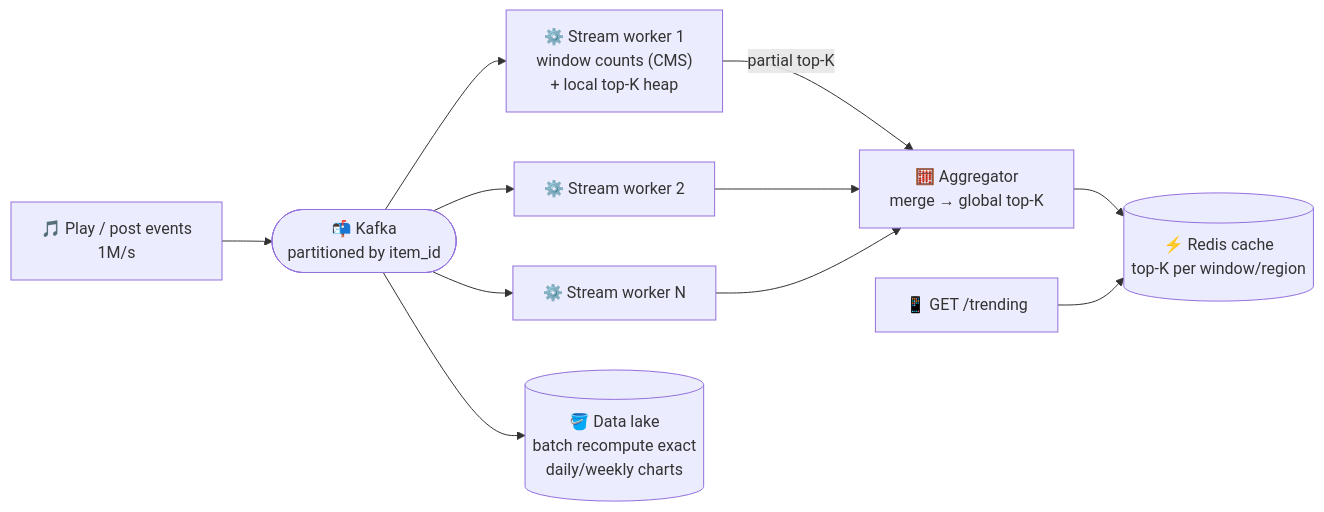
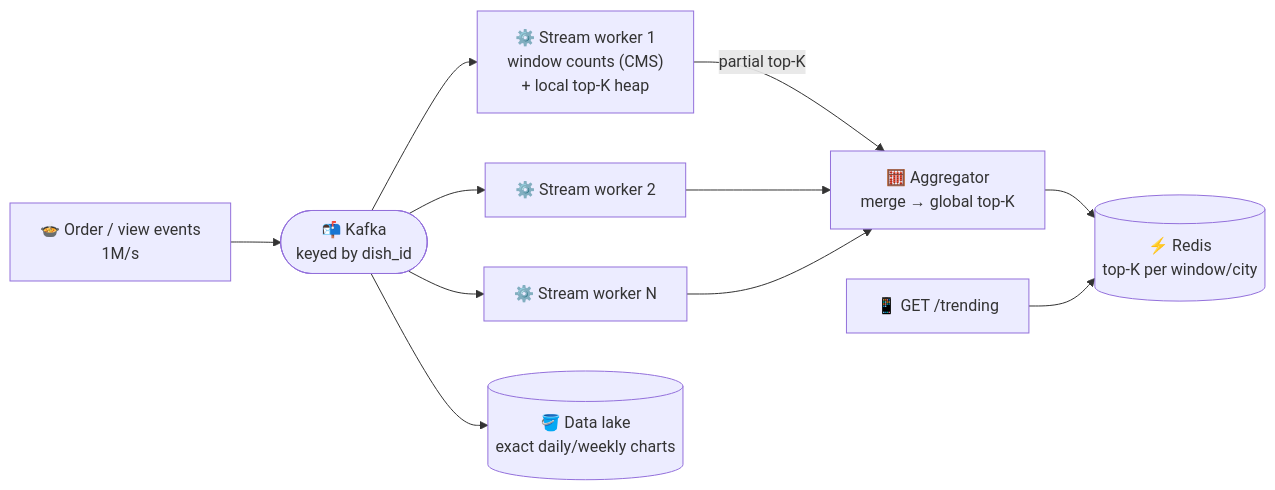
Before and after one commit to winnyboy5/System-Design-from-Atoms: the diagram in phases/11-advanced-designs/099-design-top-k-trending.md, drawn with Mermaid. The commit also changed other lines of this file and 15 other files, not shown here.

````diff
--- a/phases/11-advanced-designs/099-design-top-k-trending.md
+++ b/phases/11-advanced-designs/099-design-top-k-trending.md
@@ -30,13 +38,13 @@
 ```mermaid
 flowchart LR
-    EV["🎵 Play / post events<br/>1M/s"] --> K(["📬 Kafka<br/>partitioned by item_id"])
+    EV["🍲 Order / view events<br/>1M/s"] --> K(["📬 Kafka<br/>keyed by dish_id"])
     K --> P1["⚙️ Stream worker 1<br/>window counts (CMS)<br/>+ local top-K heap"]
     K --> P2["⚙️ Stream worker 2"]
     K --> P3["⚙️ Stream worker N"]
     P1 -->|"partial top-K"| AG["🧮 Aggregator<br/>merge → global top-K"]
     P2 --> AG
     P3 --> AG
-    AG --> C[("⚡ Redis cache<br/>top-K per window/region")]
+    AG --> C[("⚡ Redis<br/>top-K per window/city")]
     API["📱 GET /trending"] --> C
-    K --> LAKE[("🪣 Data lake<br/>batch recompute exact<br/>daily/weekly charts")]
+    K --> LAKE[("🪣 Data lake<br/>exact daily/weekly charts")]
 ```
````
